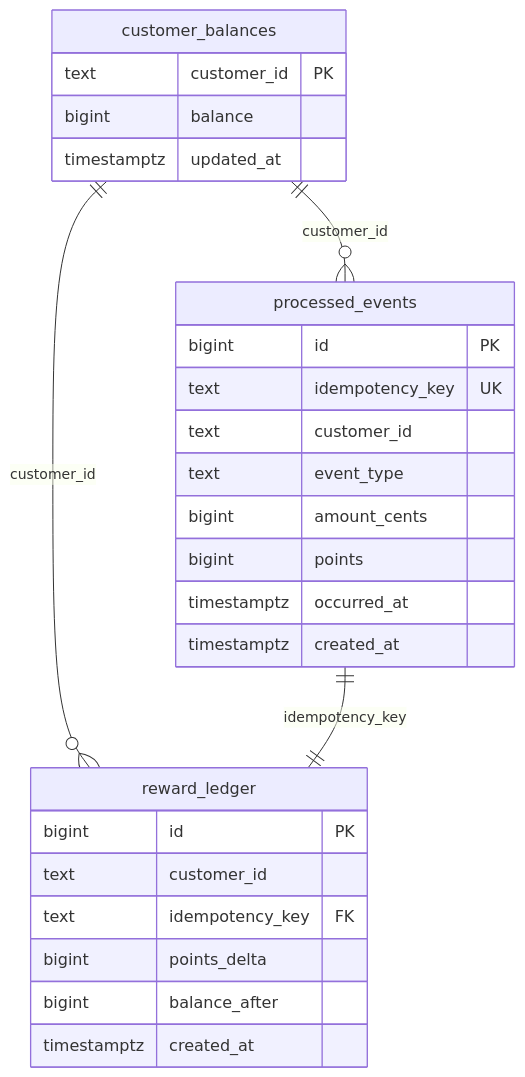
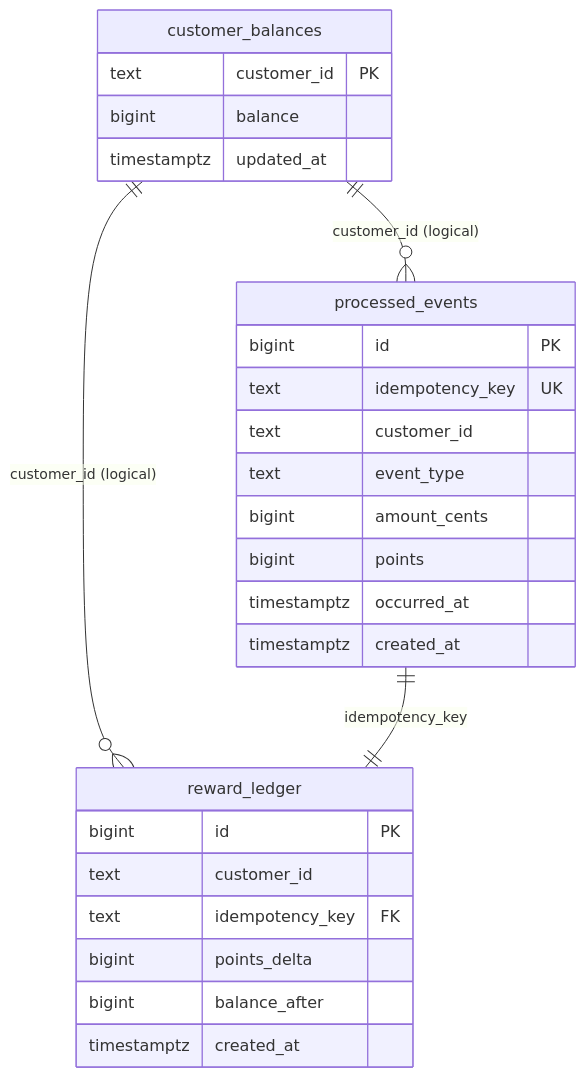
One commit to sujal-thakur01/eventpulse changed the third of 3 diagrams in README.md. Above: the diagram before and after it, drawn with Mermaid. The commit also changed other lines of this file, not shown here.

Commit message:
docs: convert screenshots to png

````diff
--- a/README.md
+++ b/README.md
@@ -69,29 +69,29 @@
 ```mermaid
 erDiagram
-    customer_balances ||--o{ processed_events : customer_id
-    customer_balances ||--o{ reward_ledger : customer_id
+    customer_balances ||--o{ processed_events : "customer_id (logical)"
+    customer_balances ||--o{ reward_ledger : "customer_id (logical)"
     processed_events ||--|| reward_ledger : idempotency_key
     processed_events {
         bigint id PK
         text idempotency_key UK
         text customer_id
         text event_type
         bigint amount_cents
         bigint points
         timestamptz occurred_at
         timestamptz created_at
     }
     customer_balances {
         text customer_id PK
         bigint balance
         timestamptz updated_at
     }
     reward_ledger {
         bigint id PK
         text customer_id
         text idempotency_key FK
         bigint points_delta
         bigint balance_after
         timestamptz created_at
     }
 ```
````
